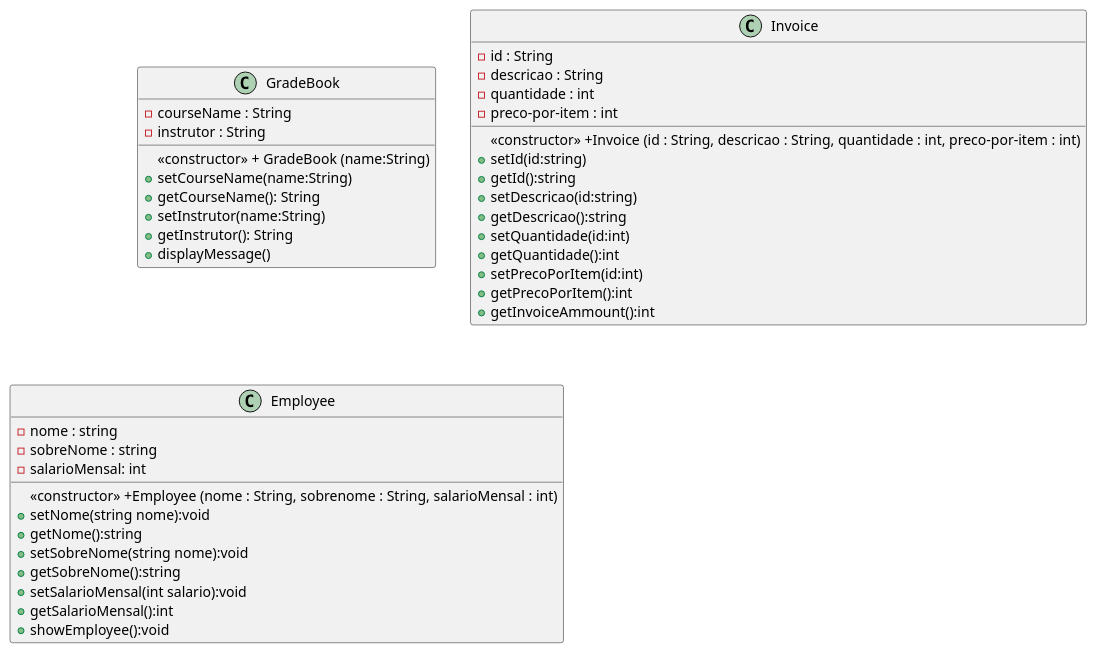
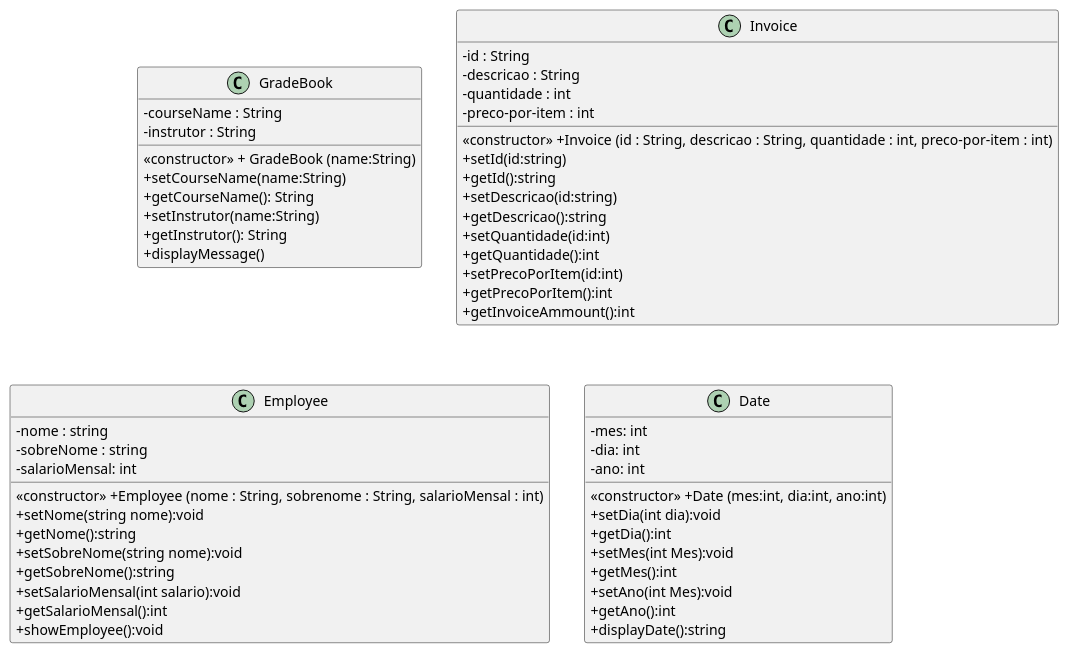
One commit to marcuswlima/learning changed the diagram in c++/Deitel/src/cap03/GradeBook.puml. Above: the diagram before and after it, drawn with PlantUML. The commit also changed 3 other files, not shown here.

```diff
--- a/c++/Deitel/src/cap03/GradeBook.puml
+++ b/c++/Deitel/src/cap03/GradeBook.puml
@@ -1,44 +1,60 @@
 @startuml
+
+skinparam classAttributeIconSize 0
+
 class GradeBook {
   <<constructor>> + GradeBook (name:String)
   - courseName : String
   - instrutor : String
   + setCourseName(name:String)
   + getCourseName(): String
   + setInstrutor(name:String)
   + getInstrutor(): String
   + displayMessage()
 }
 
 class Invoice{
   <<constructor>> +Invoice (id : String, descricao : String, quantidade : int, preco-por-item : int)
   - id : String
   - descricao : String
   - quantidade : int
   - preco-por-item : int
   + setId(id:string)
   + getId():string 
   + setDescricao(id:string)
   + getDescricao():string 
   + setQuantidade(id:int)
   + getQuantidade():int
   + setPrecoPorItem(id:int)
   + getPrecoPorItem():int
   + getInvoiceAmmount():int
 }
 
 class Employee {
   - nome : string
   - sobreNome : string
   - salarioMensal: int
   <<constructor>> +Employee (nome : String, sobrenome : String, salarioMensal : int)
   + setNome(string nome):void
   + getNome():string
   + setSobreNome(string nome):void
   + getSobreNome():string
   + setSalarioMensal(int salario):void
   + getSalarioMensal():int
   + showEmployee():void
-  
+}
+
+class Date{
+  - mes: int
+  - dia: int
+  - ano: int
+  <<constructor>> +Date (mes:int, dia:int, ano:int)
+  +setDia(int dia):void
+  +getDia():int
+  +setMes(int Mes):void
+  +getMes():int
+  +setAno(int Mes):void
+  +getAno():int
+  +displayDate():string
 }
 @enduml
```
